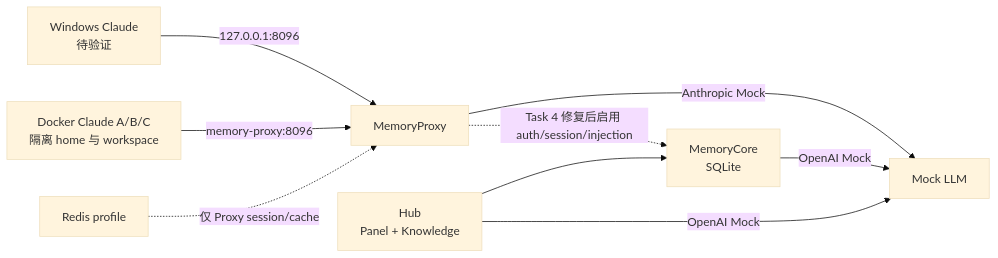
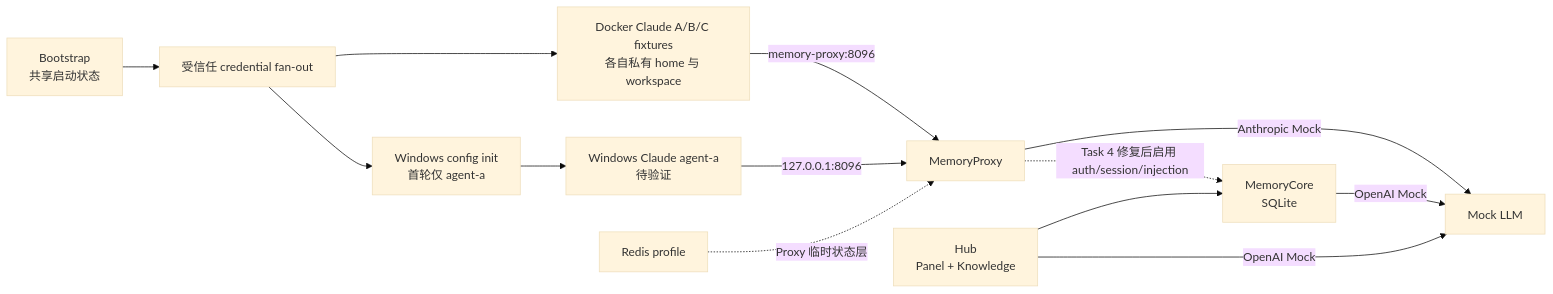
The second of 2 diagrams in docs/enterprise-memory-system-evaluation.md (psiQAQ/agents-memory), drawn with Mermaid (base theme) before and after one commit. The commit also changed other lines of this file and 20 other files, not shown here.

Commit message:
fix: harden Docker credential and paid gates

````diff
--- a/docs/enterprise-memory-system-evaluation.md
+++ b/docs/enterprise-memory-system-evaluation.md
@@ -29,11 +41,15 @@
 ```mermaid
 flowchart LR
-  WA["Windows Claude<br/>待验证"] -->|"127.0.0.1:8096"| P["MemoryProxy"]
-  DA["Docker Claude A/B/C<br/>隔离 home 与 workspace"] -->|"memory-proxy:8096"| P
+  B["Bootstrap<br/>共享启动状态"] --> F["受信任 credential fan-out"]
+  F --> DA["Docker Claude A/B/C fixtures<br/>各自私有 home 与 workspace"]
+  F --> WI["Windows config init<br/>首轮仅 agent-a"]
+  WI --> WA["Windows Claude agent-a<br/>待验证"]
+  WA -->|"127.0.0.1:8096"| P["MemoryProxy"]
+  DA -->|"memory-proxy:8096"| P
   P -->|"Anthropic Mock"| M["Mock LLM"]
   C["MemoryCore<br/>SQLite"] -->|"OpenAI Mock"| M
   H["Hub<br/>Panel + Knowledge"] --> C
   H -->|"OpenAI Mock"| M
   P -. "Task 4 修复后启用 auth/session/injection" .-> C
-  R["Redis profile"] -. "仅 Proxy session/cache" .-> P
+  R["Redis profile"] -. "Proxy 临时状态层" .-> P
 ```
````
